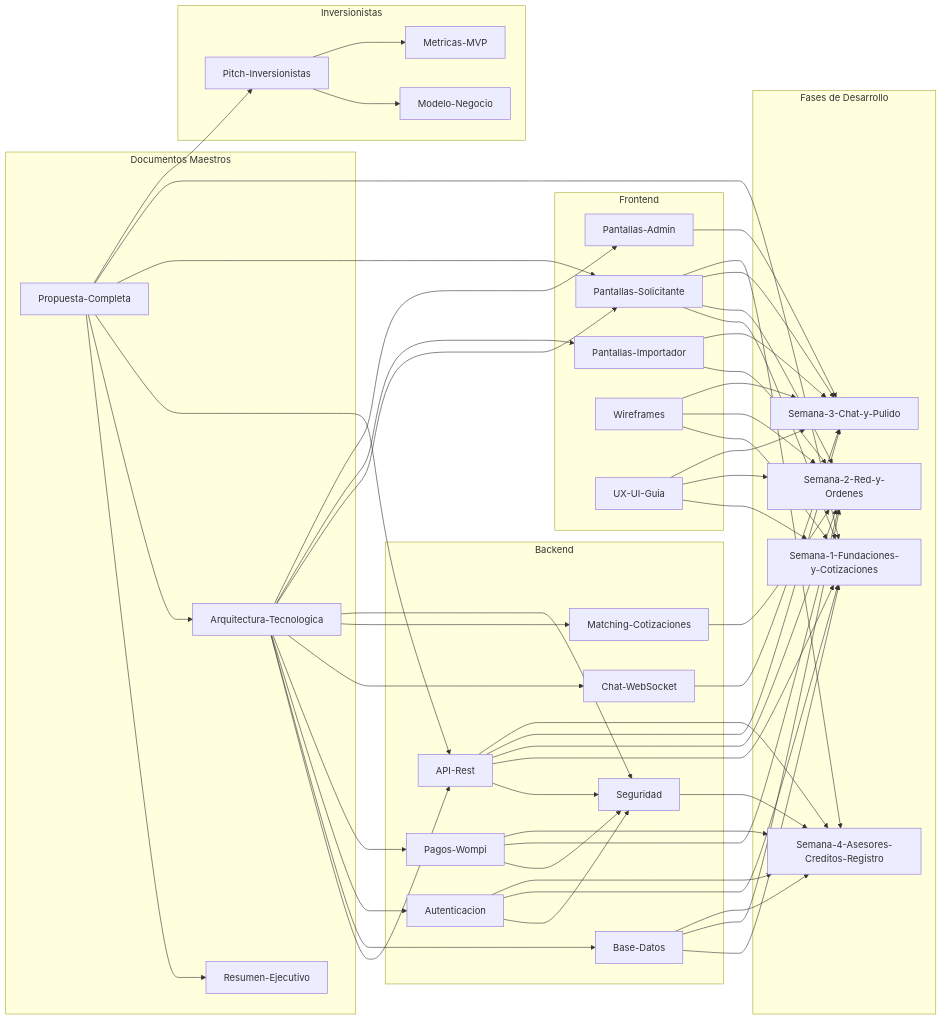
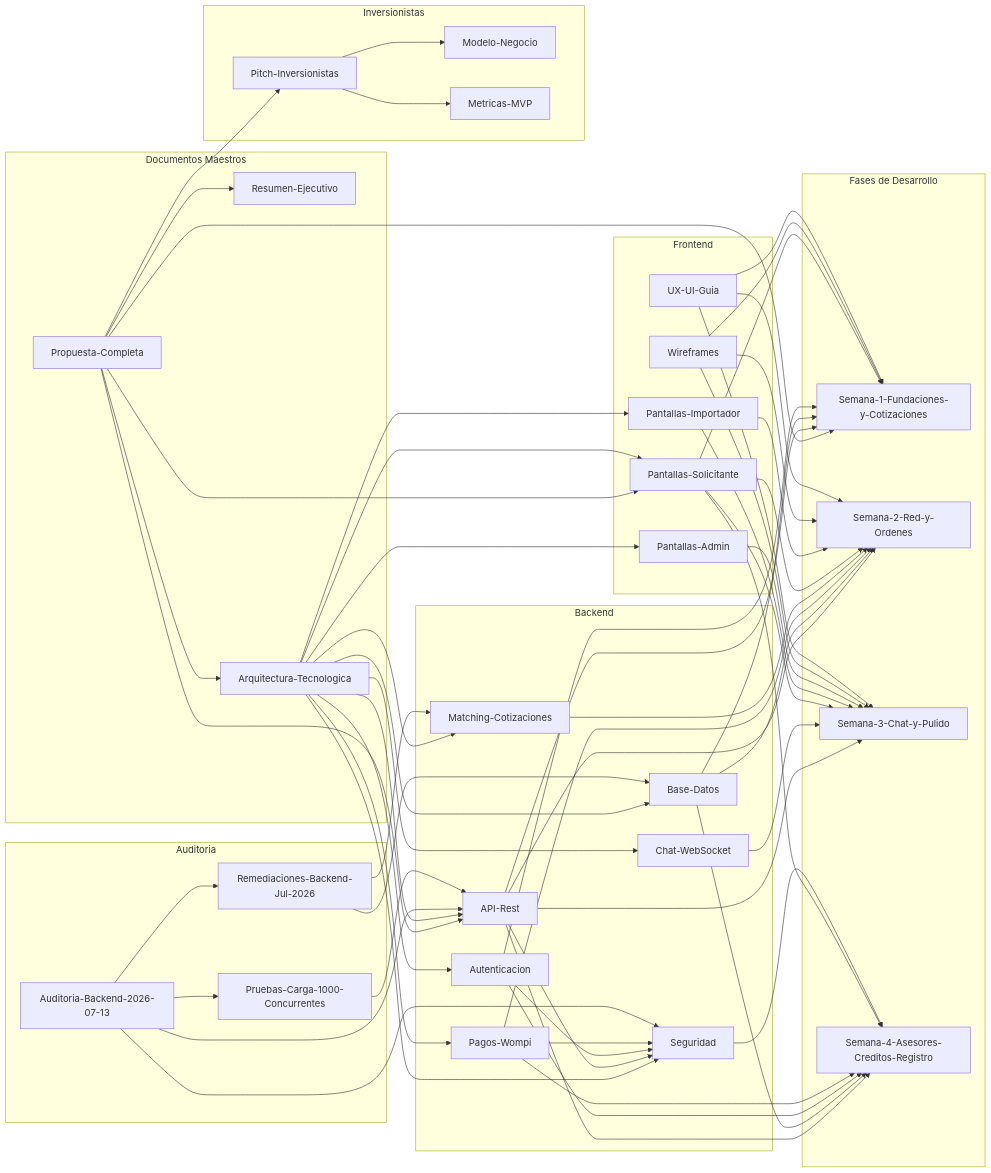
Before and after one commit to JuanEstebanAstaiza/ImportacionesQ8: the first of 9 diagrams in ImportacionesQ8V/00-Index-y-Navegacion/Mapa-Conexiones-Obsidian.md, drawn with Mermaid. The commit also changed 13 other files, not shown here.

````diff
--- a/ImportacionesQ8V/00-Index-y-Navegacion/Mapa-Conexiones-Obsidian.md
+++ b/ImportacionesQ8V/00-Index-y-Navegacion/Mapa-Conexiones-Obsidian.md
@@ -39,6 +39,12 @@
         R[Pitch-Inversionistas]
         S[Modelo-Negocio]
         T[Metricas-MVP]
+    end
+
+    subgraph Auditoria["Auditoria"]
+        AUD[Auditoria-Backend-2026-07-13]
+        REM[Remediaciones-Backend-Jul-2026]
+        LOAD[Pruebas-Carga-1000-Concurrentes]
     end
 
     A --> B
@@ -101,6 +107,14 @@
 
     U --> V
 
+    AUD --> REM
+    AUD --> LOAD
+    AUD --> U
+    AUD --> D
+    REM --> E
+    REM --> I
+    LOAD --> D
+
     R --> S
     R --> T
 ```
````
